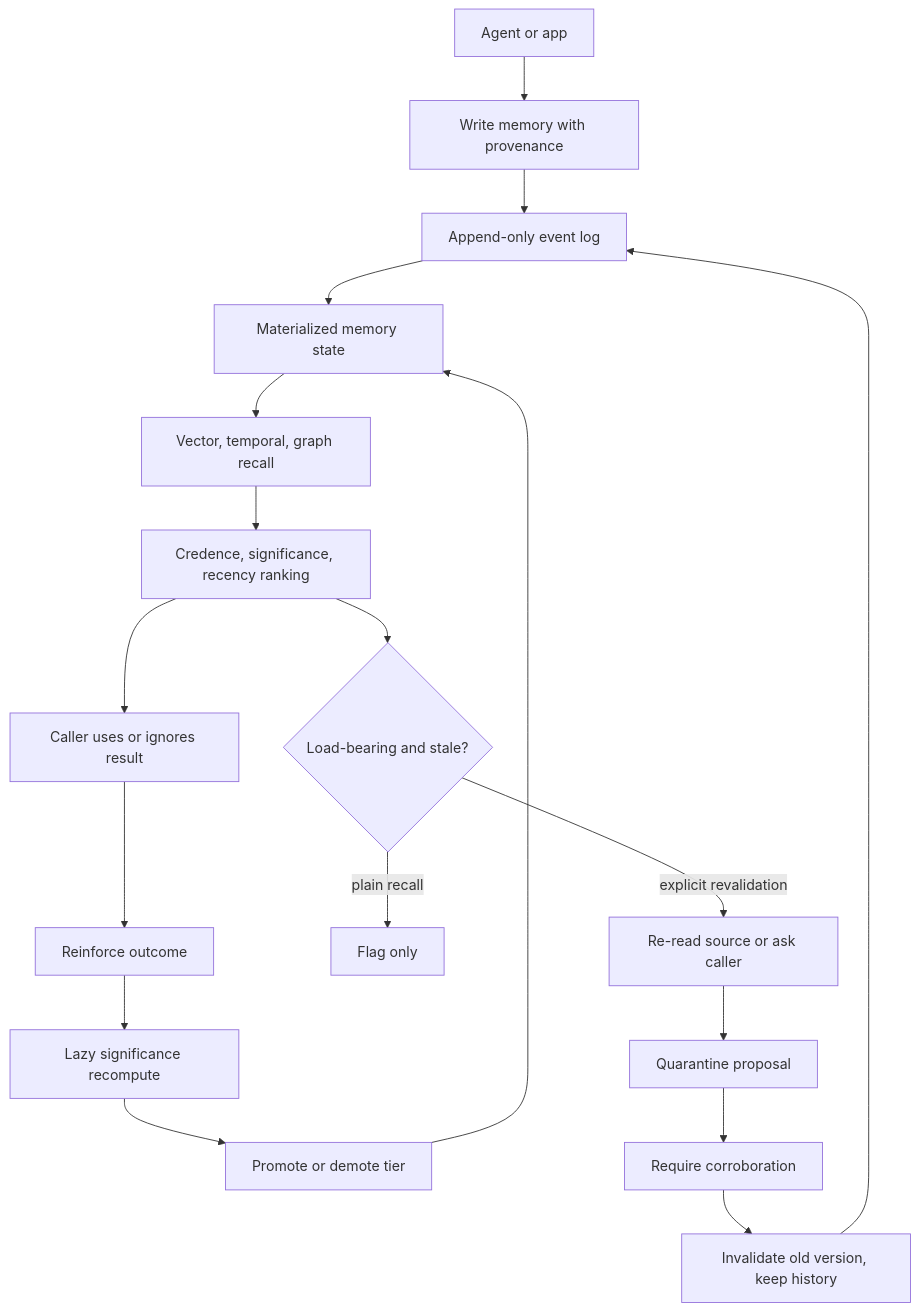
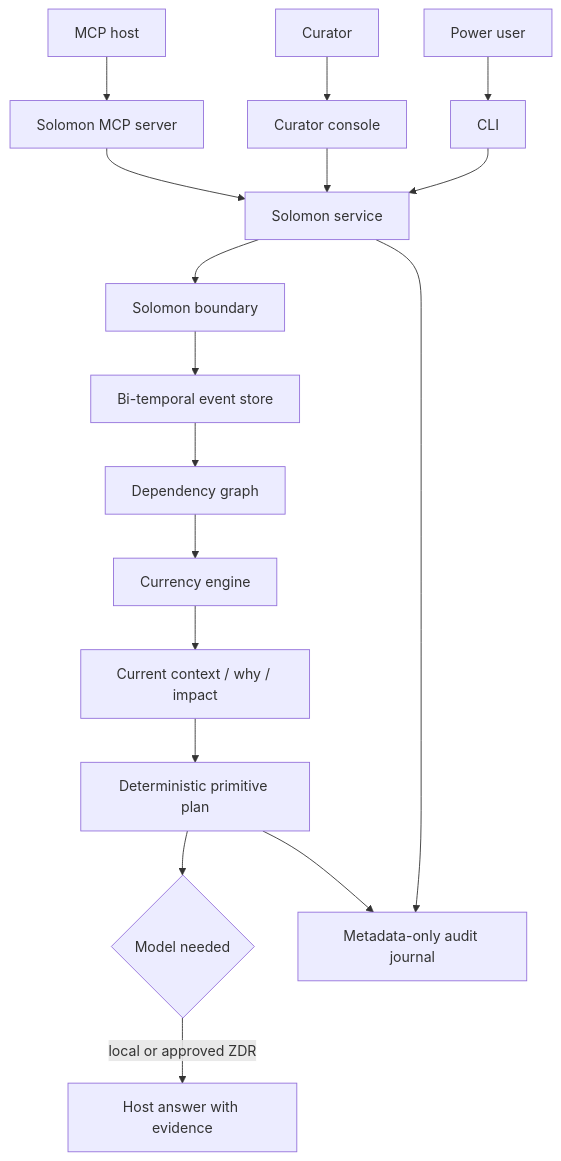
One commit to gongahkia/solomon changed the diagram in README.md. Above: the diagram before and after it, drawn with Mermaid. The commit also changed other lines of this file and 333 other files, not shown here.

````diff
--- a/README.md
+++ b/README.md
@@ -291,20 +292,19 @@
 ```mermaid
 flowchart TD
-    Client[Agent or app] --> Write[Write memory with provenance]
-    Write --> Log[Append-only event log]
-    Log --> State[Materialized memory state]
-    State --> Recall[Vector, temporal, graph recall]
-    Recall --> Rank[Credence, significance, recency ranking]
-    Rank --> Use[Caller uses or ignores result]
-    Use --> Signal[Reinforce outcome]
-    Signal --> Score[Lazy significance recompute]
-    Score --> Tier[Promote or demote tier]
-    Tier --> State
-    Rank --> Stale{Load-bearing and stale?}
-    Stale -->|plain recall| Flag[Flag only]
-    Stale -->|explicit revalidation| Recheck[Re-read source or ask caller]
-    Recheck --> Quarantine[Quarantine proposal]
-    Quarantine --> Corroborate[Require corroboration]
-    Corroborate --> Replace[Invalidate old version, keep history]
-    Replace --> Log
+    Host[MCP host] --> MCP[Solomon MCP server]
+    Lawyer[Curator] --> Console[Curator console]
+    Operator[Power user] --> CLI[CLI]
+    MCP --> Service[Solomon service]
+    Console --> Service
+    CLI --> Service
+    Service --> Boundary[Solomon boundary]
+    Boundary --> Store[Bi-temporal event store]
+    Store --> Graph[Dependency graph]
+    Graph --> Engine[Currency engine]
+    Engine --> Context[Current context / why / impact]
+    Context --> Plan[Deterministic primitive plan]
+    Plan --> Model{Model needed}
+    Model -->|local or approved ZDR| Answer[Host answer with evidence]
+    Service --> Audit[Metadata-only audit journal]
+    Plan --> Audit
 ```
````
